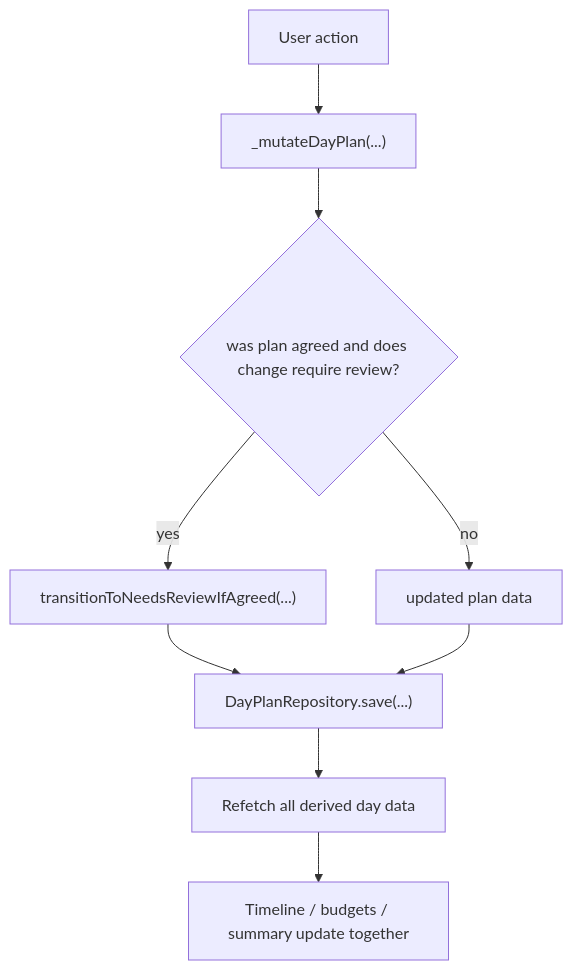
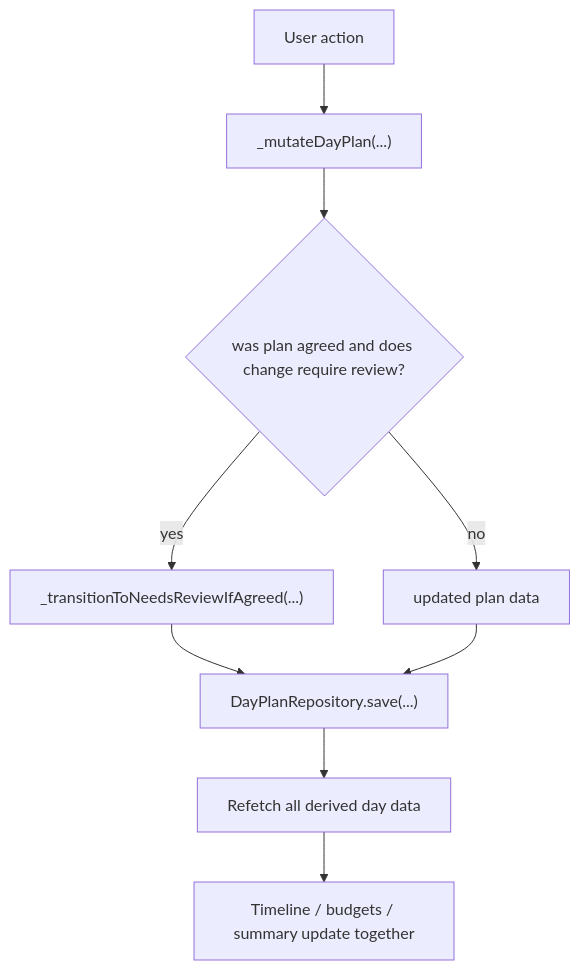
Before and after one commit to matthiasn/lotti: the fifth of 7 diagrams in lib/features/daily_os/README.md, drawn with Mermaid. The commit also changed other lines of this file and 43 other files, not shown here.

````diff
--- a/lib/features/daily_os/README.md
+++ b/lib/features/daily_os/README.md
@@ -183,11 +186,11 @@
 ```mermaid
 flowchart TD
   Mutate["User action"] --> Transform["_mutateDayPlan(...)"]
   Transform --> Review{"was plan agreed and does change require review?"}
-  Review -->|yes| NeedsReview["transitionToNeedsReviewIfAgreed(...)"]
+  Review -->|yes| NeedsReview["_transitionToNeedsReviewIfAgreed(...)"]
   Review -->|no| Updated["updated plan data"]
   NeedsReview --> Save["DayPlanRepository.save(...)"]
   Updated --> Save
   Save --> Refetch["Refetch all derived day data"]
   Refetch --> UI["Timeline / budgets / summary update together"]
 ```
````
